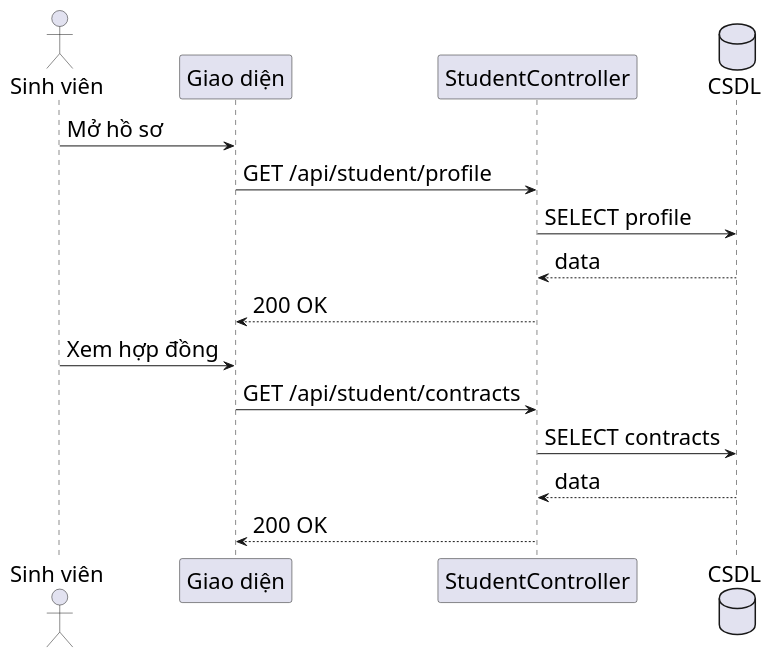
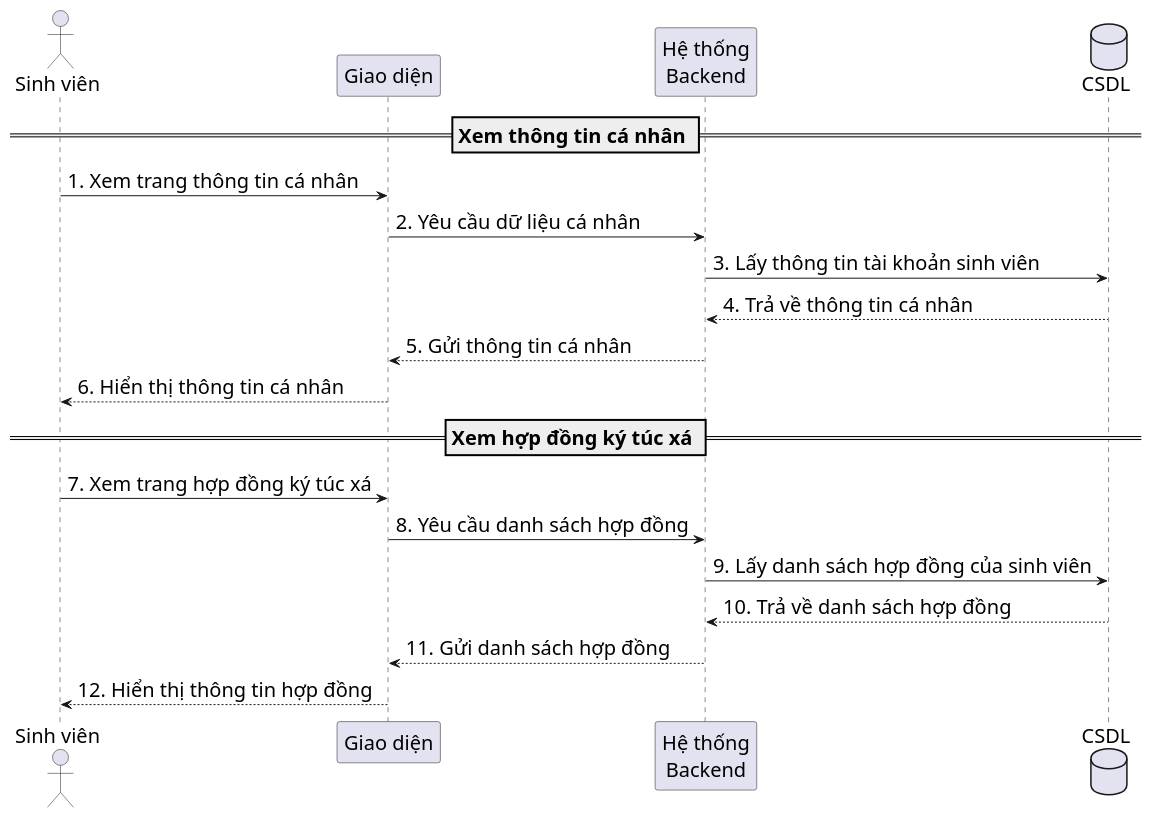
One commit to s0nbuildtech287/dormitory-frontend changed the diagram in diagrams/nhomsinhvien/student_profile_contract_sequence.puml. Above: the diagram before and after it, drawn with PlantUML. The commit also changed 23 other files, not shown here.

```diff
--- a/diagrams/nhomsinhvien/student_profile_contract_sequence.puml
+++ b/diagrams/nhomsinhvien/student_profile_contract_sequence.puml
@@ -1,21 +1,26 @@
 @startuml "Student Profile Contract Sequence"
-skinparam defaultFontSize 22
+skinparam defaultFontSize 20
 skinparam defaultFontName "Times New Roman"
-skinparam sequenceMessageSize 22
+skinparam sequenceMessageSize 20
+
 actor "Sinh viên" as Student
 participant "Giao diện" as FE
-participant "StudentController" as SC
+participant "Hệ thống\nBackend" as BE
 database "CSDL" as DB
 
-Student -> FE: Mở hồ sơ
-FE -> SC: GET /api/student/profile
-SC -> DB: SELECT profile
-DB --> SC: data
-SC --> FE: 200 OK
+== Xem thông tin cá nhân ==
+Student -> FE: 1. Xem trang thông tin cá nhân
+FE -> BE: 2. Yêu cầu dữ liệu cá nhân
+BE -> DB: 3. Lấy thông tin tài khoản sinh viên
+DB --> BE: 4. Trả về thông tin cá nhân
+BE --> FE: 5. Gửi thông tin cá nhân
+FE --> Student: 6. Hiển thị thông tin cá nhân
 
-Student -> FE: Xem hợp đồng
-FE -> SC: GET /api/student/contracts
-SC -> DB: SELECT contracts
-DB --> SC: data
-SC --> FE: 200 OK
+== Xem hợp đồng ký túc xá ==
+Student -> FE: 7. Xem trang hợp đồng ký túc xá
+FE -> BE: 8. Yêu cầu danh sách hợp đồng
+BE -> DB: 9. Lấy danh sách hợp đồng của sinh viên
+DB --> BE: 10. Trả về danh sách hợp đồng
+BE --> FE: 11. Gửi danh sách hợp đồng
+FE --> Student: 12. Hiển thị thông tin hợp đồng
 @enduml
```
